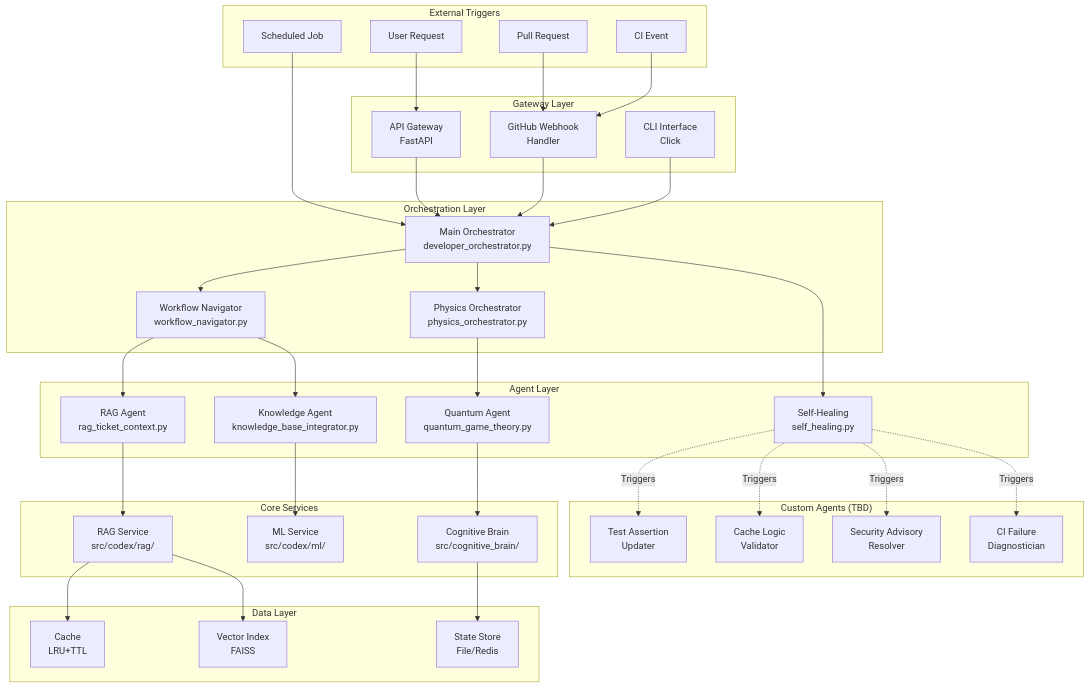
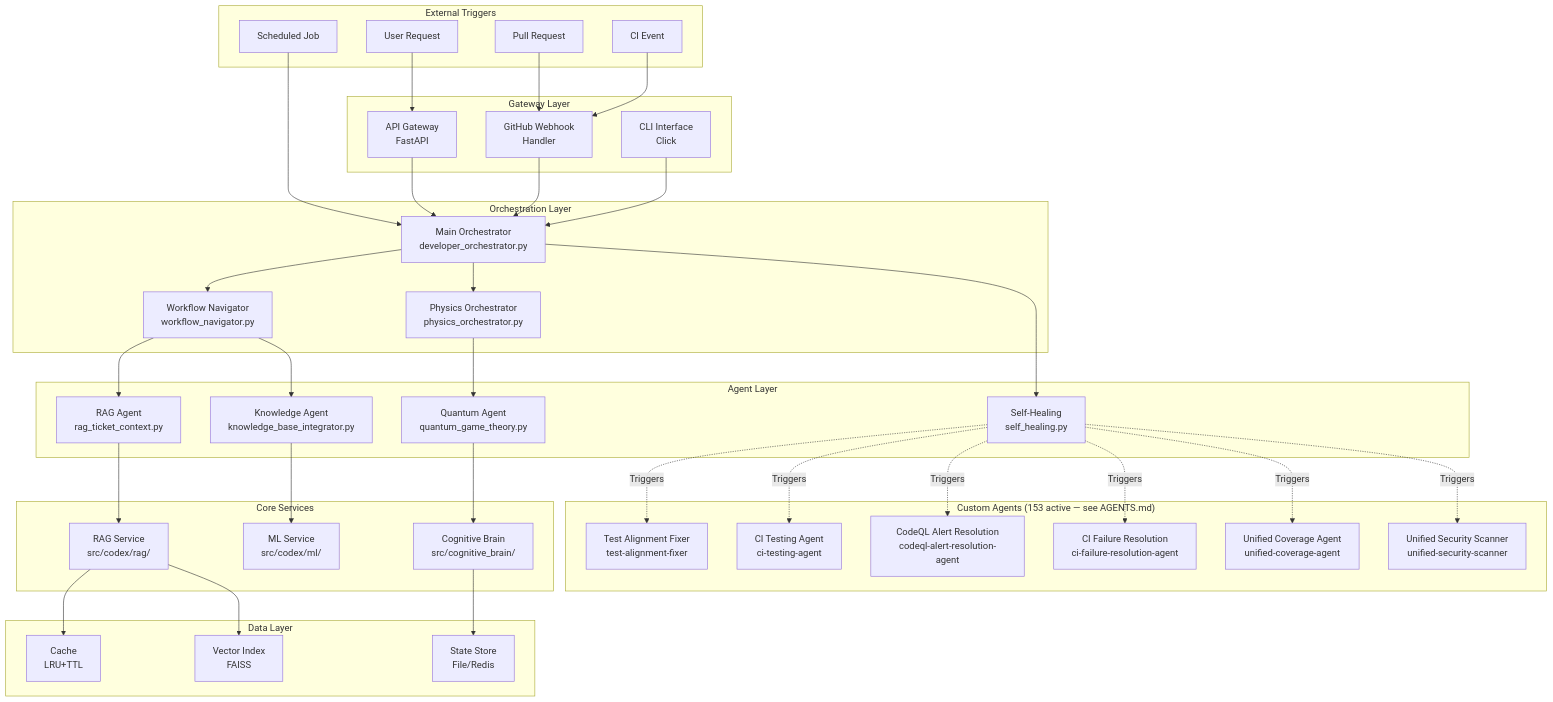
One commit to Aries-Serpent/_codex_ changed the first of 8 diagrams in .codex/cognitive_brain/diagrams/SYSTEM_INTEGRATION_FLOWS.md. Above: the diagram before and after it, drawn with Mermaid. The commit also changed other lines of this file and 4 other files, not shown here.

First line of the commit message:
docs(diagrams): update Mermaid mapping docs to current state + fix pda_entry newline edge case

````diff
--- a/.codex/cognitive_brain/diagrams/SYSTEM_INTEGRATION_FLOWS.md
+++ b/.codex/cognitive_brain/diagrams/SYSTEM_INTEGRATION_FLOWS.md
@@ -10,77 +11,81 @@
 ```mermaid
 flowchart TB
     subgraph "External Triggers"
         T_USER[User Request]
         T_PR[Pull Request]
         T_CI[CI Event]
         T_SCHED[Scheduled Job]
     end
 
     subgraph "Gateway Layer"
         GW_API[API Gateway<br/>FastAPI]
         GW_GH[GitHub Webhook<br/>Handler]
         GW_CLI[CLI Interface<br/>Click]
     end
 
     subgraph "Orchestration Layer"
         ORCH_MAIN[Main Orchestrator<br/>developer_orchestrator.py]
         ORCH_PHYS[Physics Orchestrator<br/>physics_orchestrator.py]
         ORCH_WF[Workflow Navigator<br/>workflow_navigator.py]
     end
 
     subgraph "Agent Layer"
         AG_RAG[RAG Agent<br/>rag_ticket_context.py]
         AG_KB[Knowledge Agent<br/>knowledge_base_integrator.py]
         AG_QGT[Quantum Agent<br/>quantum_game_theory.py]
         AG_SH[Self-Healing<br/>self_healing.py]
     end
 
-    subgraph "Custom Agents (TBD)"
-        CA_TAU[Test Assertion<br/>Updater]
-        CA_CLV[Cache Logic<br/>Validator]
-        CA_SAR[Security Advisory<br/>Resolver]
-        CA_CFD[CI Failure<br/>Diagnostician]
+    subgraph "Custom Agents (153 active — see AGENTS.md)"
+        CA_TAU[Test Alignment Fixer<br/>test-alignment-fixer]
+        CA_CLV[CI Testing Agent<br/>ci-testing-agent]
+        CA_SAR[CodeQL Alert Resolution<br/>codeql-alert-resolution-agent]
+        CA_CFD[CI Failure Resolution<br/>ci-failure-resolution-agent]
+        CA_COV[Unified Coverage Agent<br/>unified-coverage-agent]
+        CA_SEC[Unified Security Scanner<br/>unified-security-scanner]
     end
 
     subgraph "Core Services"
         SVC_RAG[RAG Service<br/>src/codex/rag/]
         SVC_ML[ML Service<br/>src/codex/ml/]
         SVC_BRAIN[Cognitive Brain<br/>src/cognitive_brain/]
     end
 
     subgraph "Data Layer"
         DB_CACHE[Cache<br/>LRU+TTL]
         DB_INDEX[Vector Index<br/>FAISS]
         DB_STATE[State Store<br/>File/Redis]
     end
 
     T_USER --> GW_API
     T_PR --> GW_GH
     T_CI --> GW_GH
     T_SCHED --> ORCH_MAIN
 
     GW_API --> ORCH_MAIN
     GW_GH --> ORCH_MAIN
     GW_CLI --> ORCH_MAIN
 
     ORCH_MAIN --> ORCH_PHYS
     ORCH_MAIN --> ORCH_WF
 
     ORCH_WF --> AG_RAG
     ORCH_WF --> AG_KB
     ORCH_PHYS --> AG_QGT
     ORCH_MAIN --> AG_SH
 
     AG_SH -.->|Triggers| CA_TAU
     AG_SH -.->|Triggers| CA_CLV
     AG_SH -.->|Triggers| CA_SAR
     AG_SH -.->|Triggers| CA_CFD
+    AG_SH -.->|Triggers| CA_COV
+    AG_SH -.->|Triggers| CA_SEC
 
     AG_RAG --> SVC_RAG
     AG_KB --> SVC_ML
     AG_QGT --> SVC_BRAIN
 
     SVC_RAG --> DB_CACHE
     SVC_RAG --> DB_INDEX
     SVC_BRAIN --> DB_STATE
 ```
````
